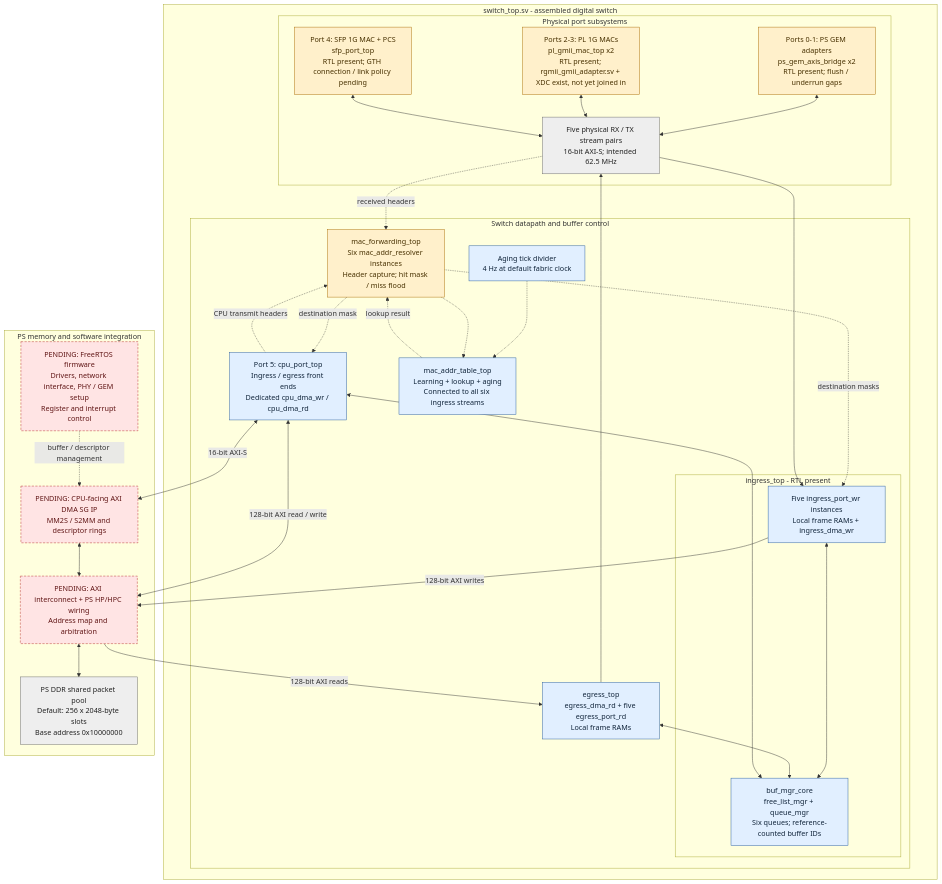
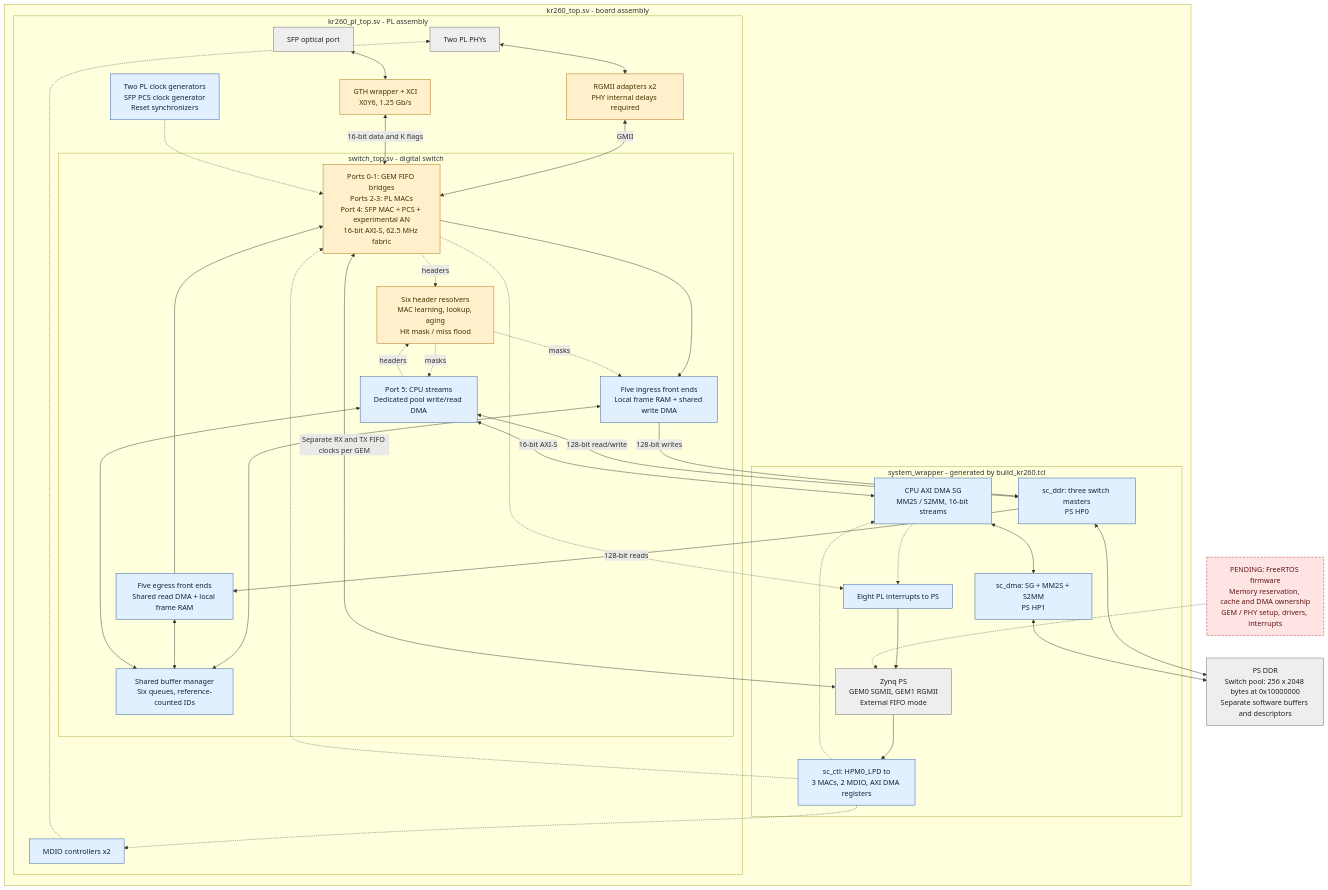
One commit to GhlHub/open_ethernet_switch changed the diagram in docs/architecture.md. Above: the diagram before and after it, drawn with Mermaid. The commit also changed other lines of this file and 28 other files, not shown here.

Commit message:
Add KR260 board build and GEM recovery; update design inventory

````diff
--- a/docs/architecture.md
+++ b/docs/architecture.md
@@ -21,63 +16,65 @@
 ```mermaid
 flowchart TB
-    subgraph assembled[switch_top.sv - assembled digital switch]
-    subgraph ports[Physical port subsystems]
-        PS["Ports 0-1: PS GEM adapters<br/>ps_gem_axis_bridge x2<br/>RTL present; flush / underrun gaps"]
-        PL["Ports 2-3: PL 1G MACs<br/>pl_gmii_mac_top x2<br/>RTL present; rgmii_gmii_adapter.sv + XDC exist, not yet joined in"]
-        SFP["Port 4: SFP 1G MAC + PCS<br/>sfp_port_top<br/>RTL present; GTH connection / link policy pending"]
-        STREAM["Five physical RX / TX stream pairs<br/>16-bit AXI-S; intended 62.5 MHz"]
-        PS <--> STREAM
-        PL <--> STREAM
-        SFP <--> STREAM
+    subgraph board[kr260_top.sv - board assembly]
+        subgraph pltop[kr260_pl_top.sv - PL assembly]
+            PHY["Two PL PHYs"] <--> RGMII["RGMII adapters x2<br/>PHY internal delays required"]
+            OPT["SFP optical port"] <--> GT["GTH wrapper + XCI<br/>X0Y6, 1.25 Gb/s"]
+            MDIO["MDIO controllers x2"] -.-> PHY
+            CLOCK["Two PL clock generators<br/>SFP PCS clock generator<br/>Reset synchronizers"]
+            subgraph sw[switch_top.sv - digital switch]
+                PORTS["Ports 0-1: GEM FIFO bridges<br/>Ports 2-3: PL MACs<br/>Port 4: SFP MAC + PCS + experimental AN<br/>16-bit AXI-S, 62.5 MHz fabric"]
+                INGRESS["Five ingress front ends<br/>Local frame RAM + shared write DMA"]
+                EGRESS["Five egress front ends<br/>Shared read DMA + local frame RAM"]
+                CPU["Port 5: CPU streams<br/>Dedicated pool write/read DMA"]
+                BUF["Shared buffer manager<br/>Six queues, reference-counted IDs"]
+                FWD["Six header resolvers<br/>MAC learning, lookup, aging<br/>Hit mask / miss flood"]
+                PORTS --> INGRESS
+                EGRESS --> PORTS
+                INGRESS <--> BUF
+                EGRESS <--> BUF
+                CPU <--> BUF
+                PORTS -. headers .-> FWD
+                CPU -. headers .-> FWD
+                FWD -. masks .-> INGRESS
+                FWD -. masks .-> CPU
+            end
+            RGMII <-->|GMII| PORTS
+            GT <-->|16-bit data and K flags| PORTS
+            CLOCK -.-> PORTS
+        end
+        subgraph bd[system_wrapper - generated by build_kr260.tcl]
+            PS["Zynq PS<br/>GEM0 SGMII, GEM1 RGMII<br/>External FIFO mode"]
+            CTL["sc_ctl: HPM0_LPD to<br/>3 MACs, 2 MDIO, AXI DMA registers"]
+            HP0["sc_ddr: three switch masters<br/>PS HP0"]
+            DMA["CPU AXI DMA SG<br/>MM2S / S2MM, 16-bit streams"]
+            HP1["sc_dma: SG + MM2S + S2MM<br/>PS HP1"]
+            IRQ["Eight PL interrupts to PS"]
+            PS --> CTL
+            DMA <--> HP1
+            IRQ --> PS
+        end
+        PS <-->|Separate RX and TX FIFO clocks per GEM| PORTS
+        INGRESS -->|128-bit writes| HP0
+        HP0 -->|128-bit reads| EGRESS
+        CPU <-->|128-bit read/write| HP0
+        CPU <-->|16-bit AXI-S| DMA
+        CTL -.-> PORTS
+        CTL -.-> MDIO
+        CTL -.-> DMA
+        PORTS -.-> IRQ
+        DMA -.-> IRQ
     end
-
-    subgraph core[Switch datapath and buffer control]
-        subgraph ingwrap[ingress_top - RTL present]
-            INGRESS["Five ingress_port_wr instances<br/>Local frame RAMs + ingress_dma_wr"]
-            BUF["buf_mgr_core<br/>free_list_mgr + queue_mgr<br/>Six queues; reference-counted buffer IDs"]
-        end
-        EGRESS["egress_top<br/>egress_dma_rd + five egress_port_rd<br/>Local frame RAMs"]
-        CPU["Port 5: cpu_port_top<br/>Ingress / egress front ends<br/>Dedicated cpu_dma_wr / cpu_dma_rd"]
-        PARSER["mac_forwarding_top<br/>Six mac_addr_resolver instances<br/>Header capture; hit mask / miss flood"]
-        TABLE["mac_addr_table_top<br/>Learning + lookup + aging<br/>Connected to all six ingress streams"]
-        INGRESS <--> BUF
-        EGRESS <--> BUF
-        CPU <--> BUF
-        AGE["Aging tick divider<br/>4 Hz at default fabric clock"]
-        AGE -.-> TABLE
-        PARSER -.-> TABLE
-        TABLE -. lookup result .-> PARSER
-        PARSER -. destination masks .-> INGRESS
-        PARSER -. destination mask .-> CPU
-    end
-
-    STREAM --> INGRESS
-    EGRESS --> STREAM
-    STREAM -. received headers .-> PARSER
-    CPU -. CPU transmit headers .-> PARSER
-    end
-
-    subgraph platform[PS memory and software integration]
-        AXI["PENDING: AXI interconnect + PS HP/HPC wiring<br/>Address map and arbitration"]
-        DDR["PS DDR shared packet pool<br/>Default: 256 x 2048-byte slots<br/>Base address 0x10000000"]
-        CPUDMA["PENDING: CPU-facing AXI DMA SG IP<br/>MM2S / S2MM and descriptor rings"]
-        RTOS["PENDING: FreeRTOS firmware<br/>Drivers, network interface, PHY / GEM setup<br/>Register and interrupt control"]
-        AXI <--> DDR
-        CPUDMA <--> AXI
-        RTOS -. buffer / descriptor management .-> CPUDMA
-    end
-
-    INGRESS -->|128-bit AXI writes| AXI
-    AXI -->|128-bit AXI reads| EGRESS
-    CPU <-->|128-bit AXI read / write| AXI
-    CPU <-->|16-bit AXI-S| CPUDMA
-
+    DDR["PS DDR<br/>Switch pool: 256 x 2048 bytes at 0x10000000<br/>Separate software buffers and descriptors"]
+    HP0 <--> DDR
+    HP1 <--> DDR
+    RTOS["PENDING: FreeRTOS firmware<br/>Memory reservation, cache and DMA ownership<br/>GEM / PHY setup, drivers, interrupts"]
+    RTOS -.-> PS
     classDef present fill:#e1efff,stroke:#245a9b,color:#10243a
     classDef partial fill:#fff0cb,stroke:#a96a00,color:#473000
     classDef pending fill:#ffe4e4,stroke:#b52a2a,color:#601515,stroke-dasharray:5 3
     classDef hardware fill:#eeeeee,stroke:#666666,color:#222222
-    class INGRESS,BUF,EGRESS,CPU,TABLE,AGE present
-    class PS,PL,SFP,PARSER partial
-    class AXI,CPUDMA,RTOS pending
-    class STREAM,DDR hardware
+    class CLOCK,MDIO,INGRESS,EGRESS,CPU,BUF,CTL,HP0,DMA,HP1,IRQ present
+    class RGMII,GT,PORTS,FWD partial
+    class RTOS pending
+    class PHY,OPT,PS,DDR hardware
 ```
````
